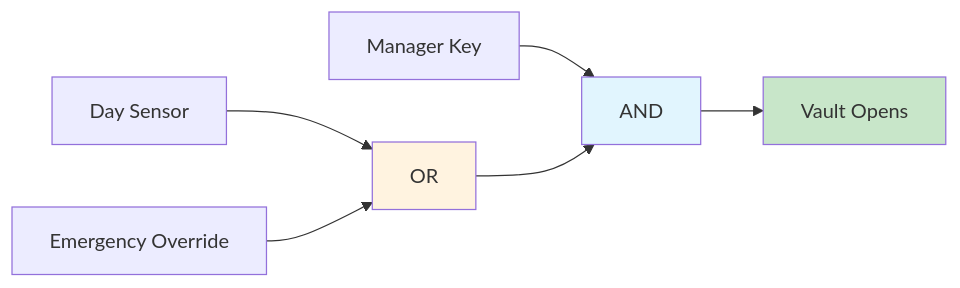
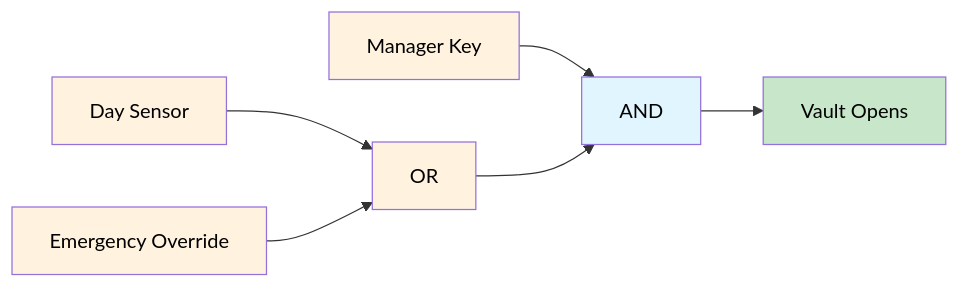
Before and after one commit to Yxiang-828/Yxiang-828.github.io: diagram 26 of 32 in ee2026/lect/L2 lecture notes/EE2026_Week_2_Boolean_Logic_Visual_Guide.md, drawn with Mermaid. The commit also changed other lines of this file, not shown here.

````diff
--- a/ee2026/lect/L2 lecture notes/EE2026_Week_2_Boolean_Logic_Visual_Guide.md
+++ b/ee2026/lect/L2 lecture notes/EE2026_Week_2_Boolean_Logic_Visual_Guide.md
@@ -666,12 +703,15 @@
 ```mermaid
 graph LR
     Manager[Manager Key] --> AND1[AND]
     Day[Day Sensor] --> OR1[OR]
     Emergency[Emergency Override] --> OR1
     OR1 --> AND1
     AND1 --> Vault[Vault Opens]
     
-    style AND1 fill:#e1f5fe
-    style OR1 fill:#fff3e0
-    style Vault fill:#c8e6c9
+    style AND1 fill:#e1f5fe,color:#000
+    style OR1 fill:#fff3e0,color:#000
+    style Vault fill:#c8e6c9,color:#000
+    style Manager fill:#fff3e0,color:#000
+    style Day fill:#fff3e0,color:#000
+    style Emergency fill:#fff3e0,color:#000
 ```
````
